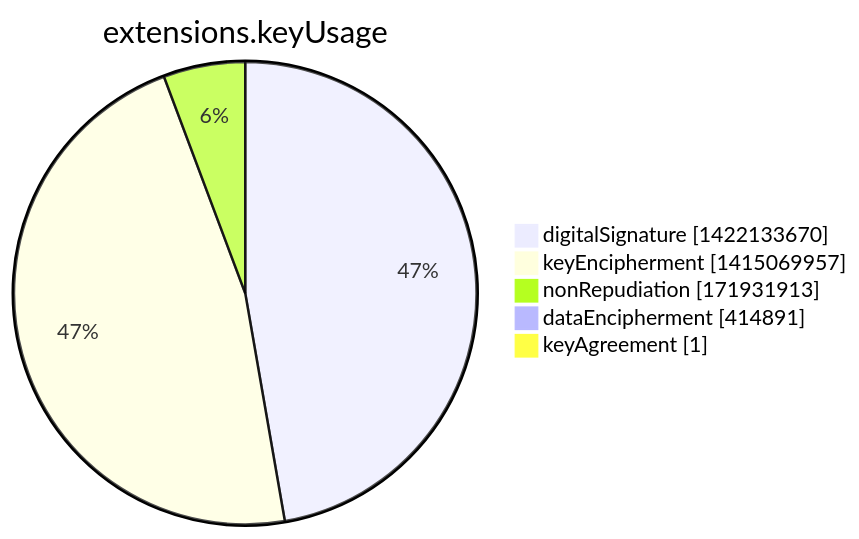
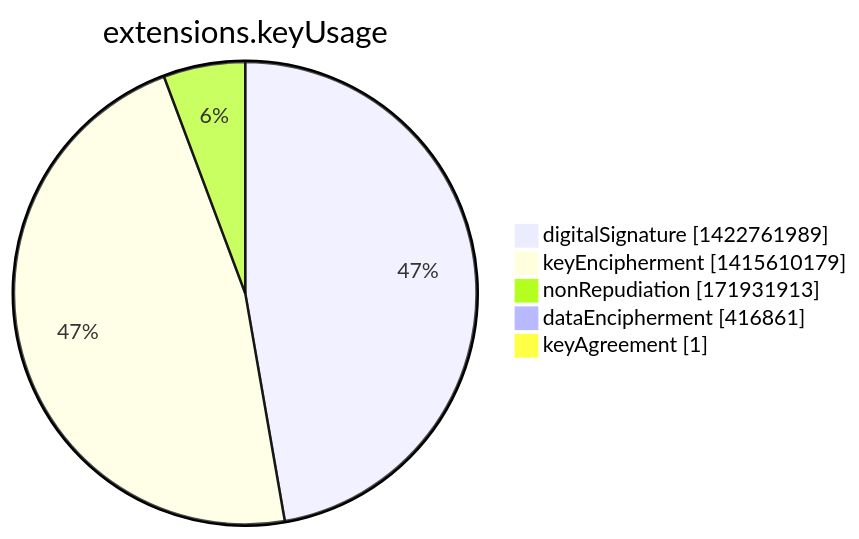
Before and after one commit to christiankrug/ctmonitor_visualization: the seventh of 15 diagrams in argon2022/README.md, drawn with Mermaid. The commit also changed other lines of this file, not shown here.

````diff
--- a/argon2022/README.md
+++ b/argon2022/README.md
@@ -2751,9 +2751,9 @@
 ```mermaid
 pie showData
 title extensions.keyUsage
-"digitalSignature" :1422133670
-"keyEncipherment" :1415069957
+"digitalSignature" :1422761989
+"keyEncipherment" :1415610179
 "nonRepudiation" :171931913
-"dataEncipherment" :414891
+"dataEncipherment" :416861
 "keyAgreement" :1
 ```
````
